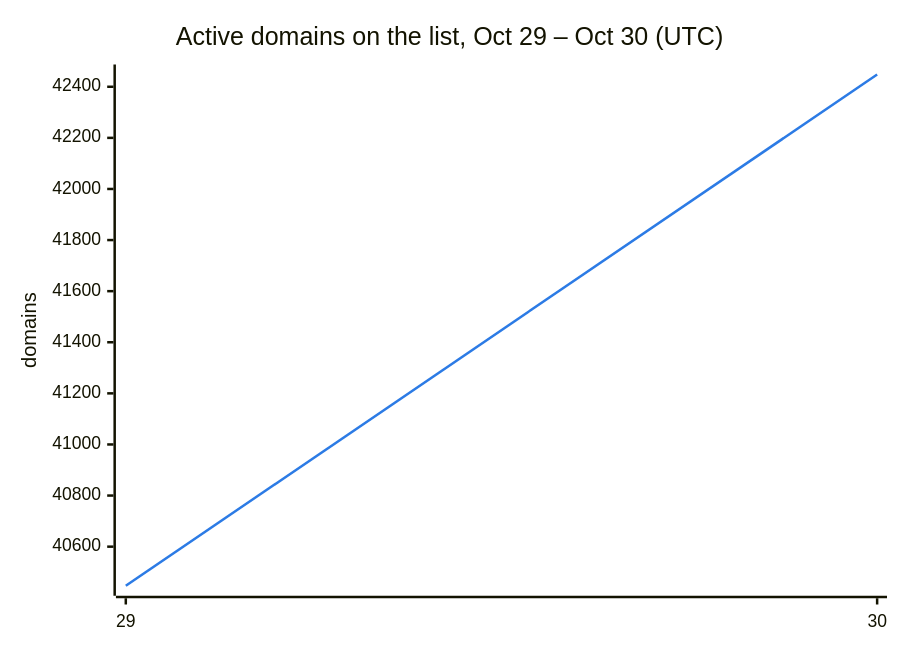
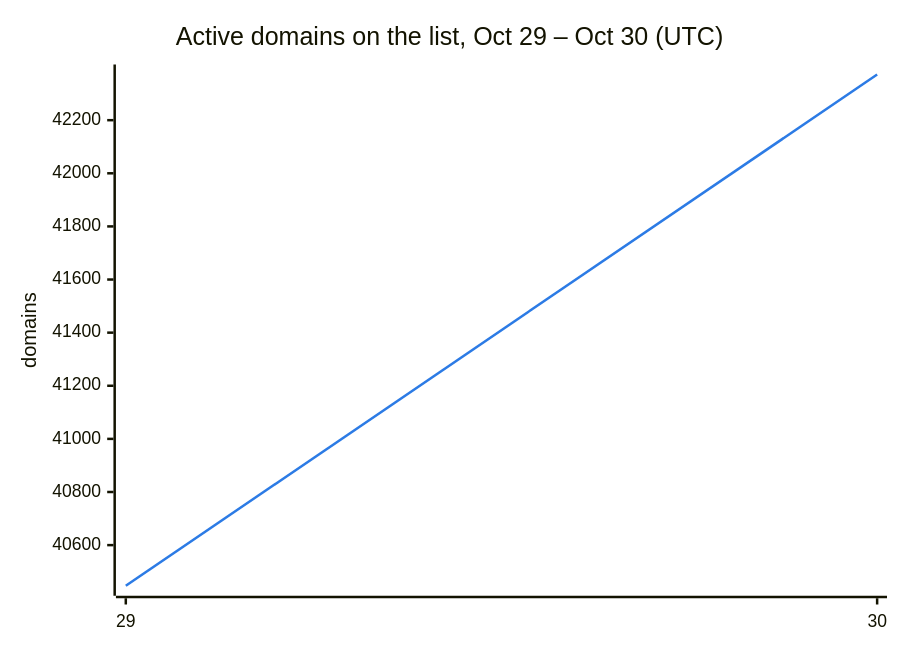
The second of 3 diagrams in README.md (DNSBunker/CTI), drawn with Mermaid before and after one commit. The commit also changed other lines of this file and 3 other files, not shown here.

````diff
--- a/README.md
+++ b/README.md
@@ -38,8 +38,8 @@
 ```mermaid
 %%{init: {"themeVariables": {"xyChart": {"plotColorPalette": "#2c7be5"}}}}%%
 xychart-beta
     title "Active domains on the list, Oct 29 – Oct 30 (UTC)"
     x-axis ["29", "30"]
     y-axis "domains"
-    line [40447, 42448]
+    line [40447, 42372]
 ```
````
